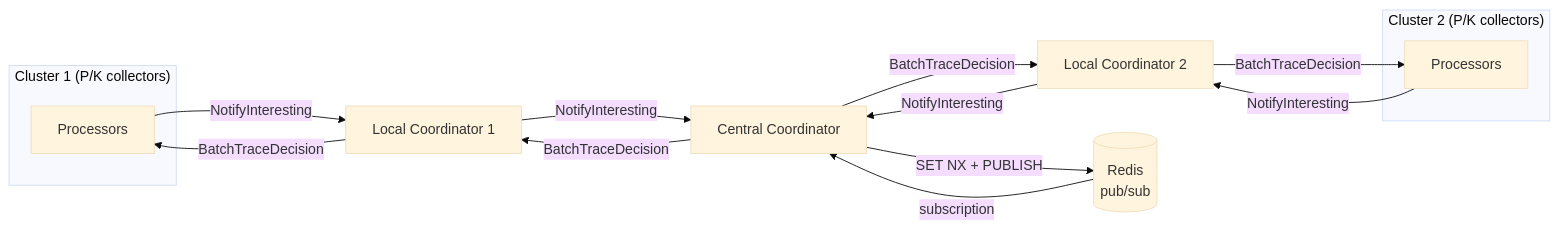
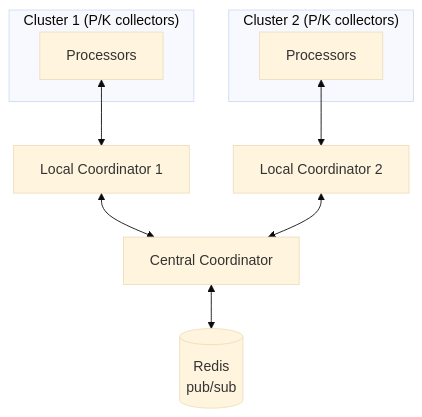
The second of 2 diagrams in PERFORMANCE.md (pitr/retroactivesampling), drawn with Mermaid (base theme) before and after one commit. The commit also changed other lines of this file and 1 other file, not shown here.

Commit message:
better daisy chain diagram, more todo

````diff
--- a/PERFORMANCE.md
+++ b/PERFORMANCE.md
@@ -142,24 +142,19 @@
 ```mermaid
-flowchart LR
+flowchart TB
     subgraph cluster1["Cluster 1 (P/K collectors)"]
         P1["Processors"]
     end
     subgraph cluster2["Cluster 2 (P/K collectors)"]
         P2["Processors"]
     end
     LC1["Local Coordinator 1"]
     LC2["Local Coordinator 2"]
     CC["Central Coordinator"]
     R[("Redis\npub/sub")]
 
-    P1 -->|NotifyInteresting| LC1
-    P2 -->|NotifyInteresting| LC2
-    LC1 -->|NotifyInteresting| CC
-    LC2 -->|NotifyInteresting| CC
-    CC -->|SET NX + PUBLISH| R
-    R -->|subscription| CC
-    CC -->|BatchTraceDecision| LC1
-    CC -->|BatchTraceDecision| LC2
-    LC1 -->|BatchTraceDecision| P1
-    LC2 -->|BatchTraceDecision| P2
+    P1 <--> LC1
+    P2 <--> LC2
+    LC1 <--> CC
+    LC2 <--> CC
+    CC <--> R
 ```
````
